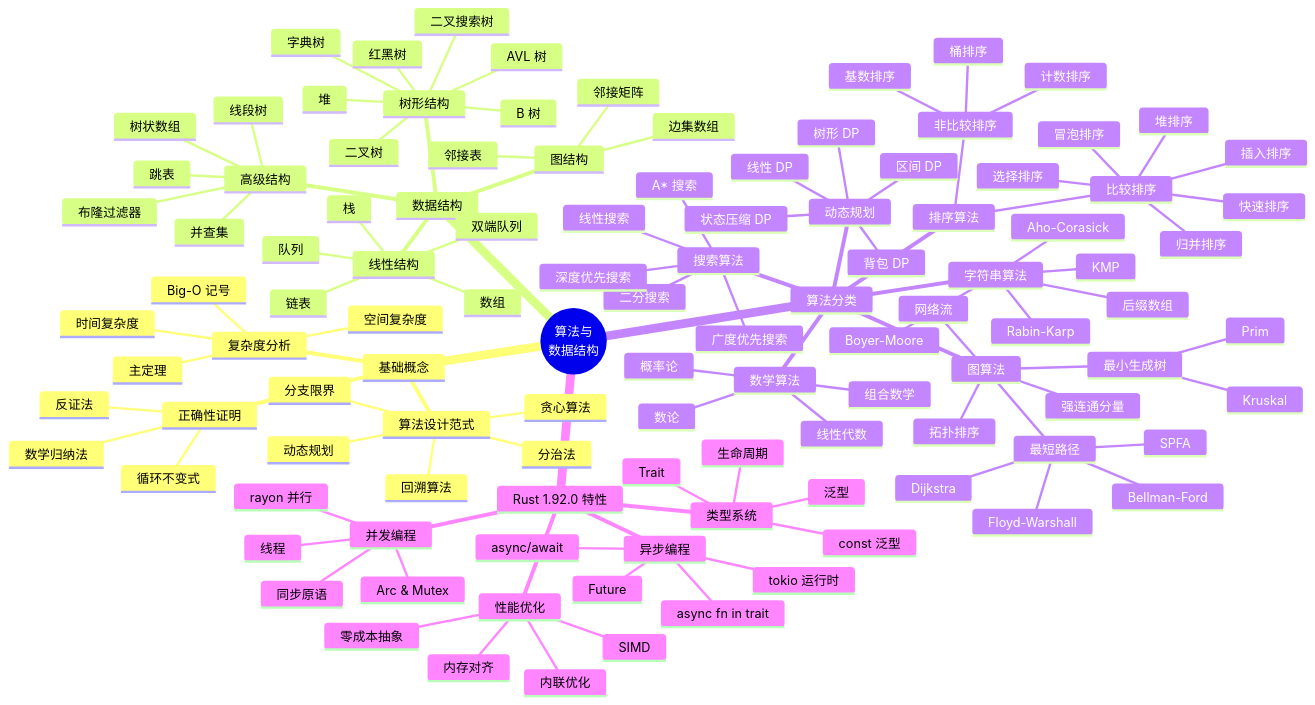
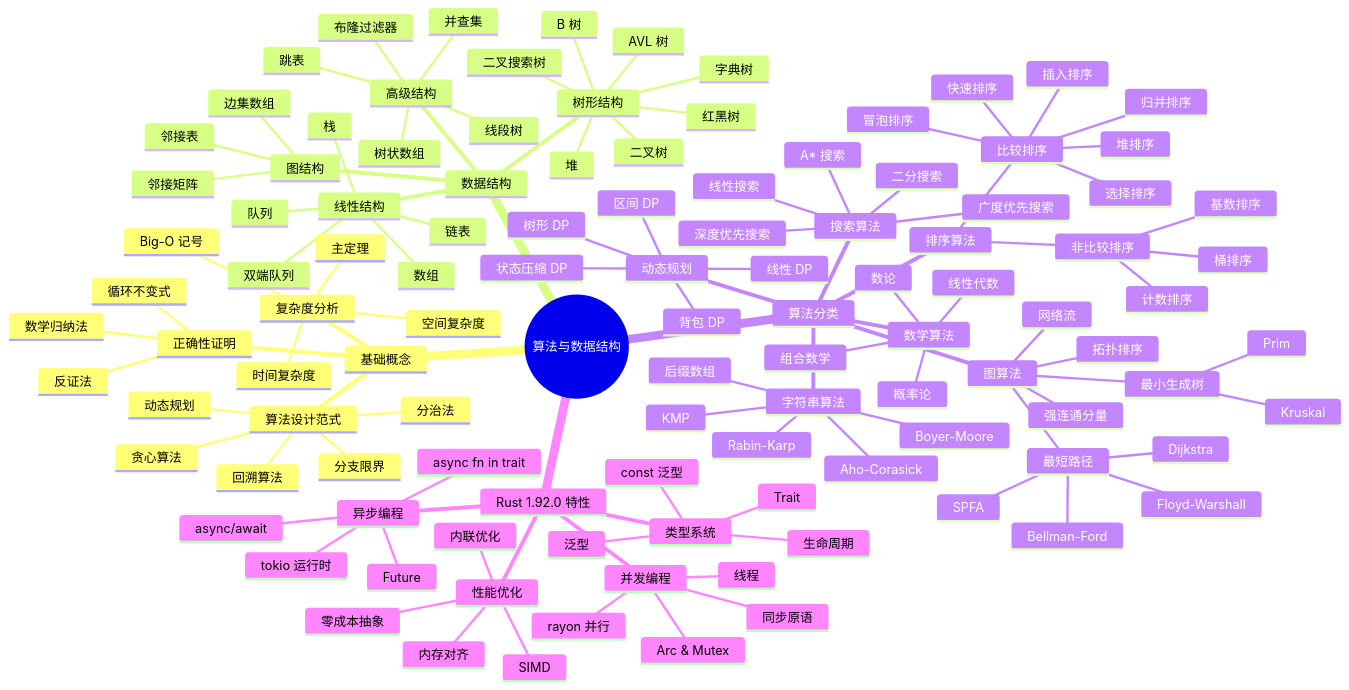
One commit to martin-ly/rust-lang changed the first of 12 diagrams in crates/c08_algorithms/docs/MIND_MAP.md. Above: the diagram before and after it, drawn with Mermaid. The commit also changed other lines of this file and 42 other files, not shown here.

````diff
--- a/crates/c08_algorithms/docs/MIND_MAP.md
+++ b/crates/c08_algorithms/docs/MIND_MAP.md
@@ -30,6 +30,6 @@
 ```mermaid
 mindmap
-  root((算法与<br/>数据结构))
+  root((算法与数据结构))
     基础概念
       复杂度分析
         时间复杂度
````
